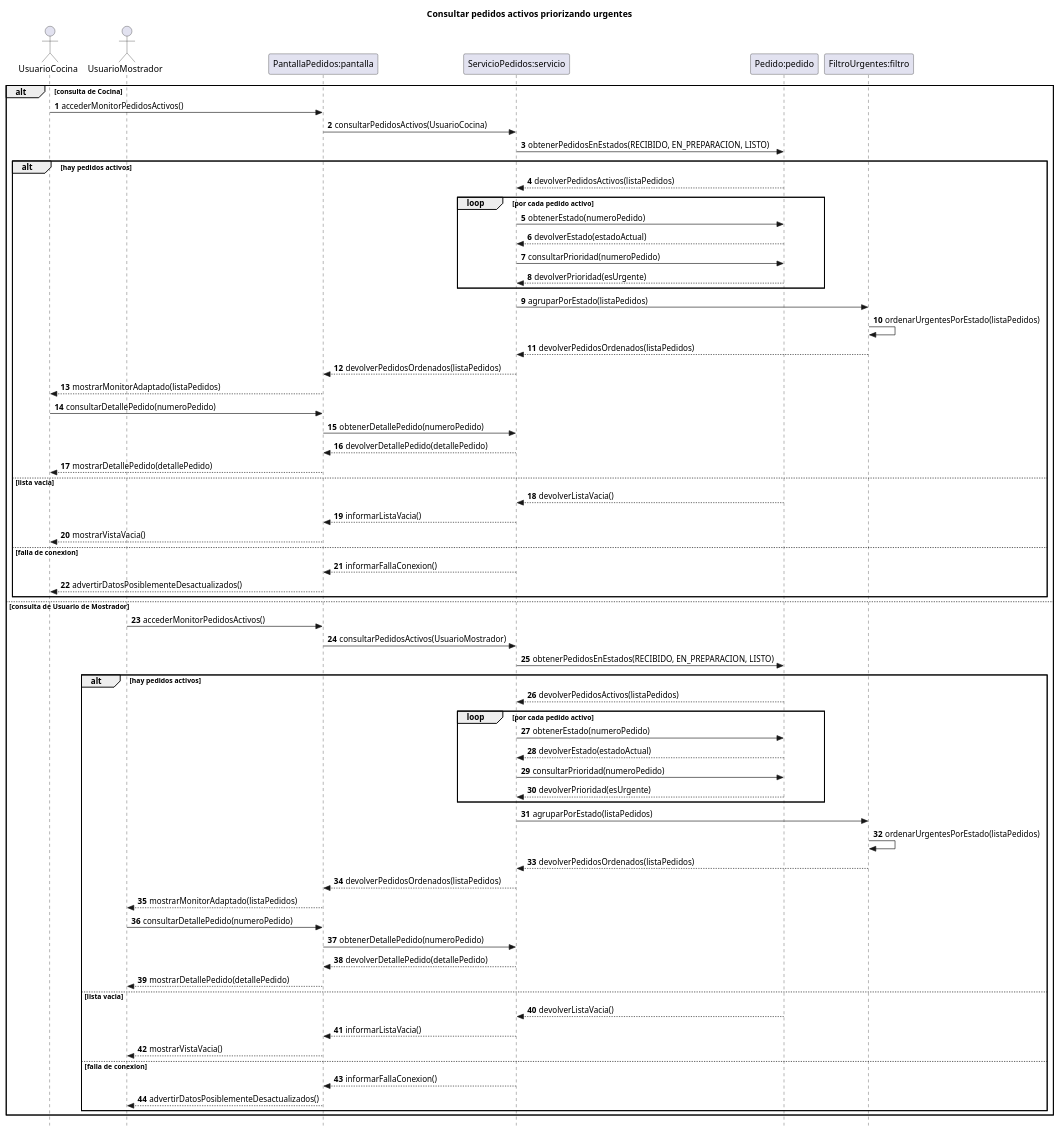
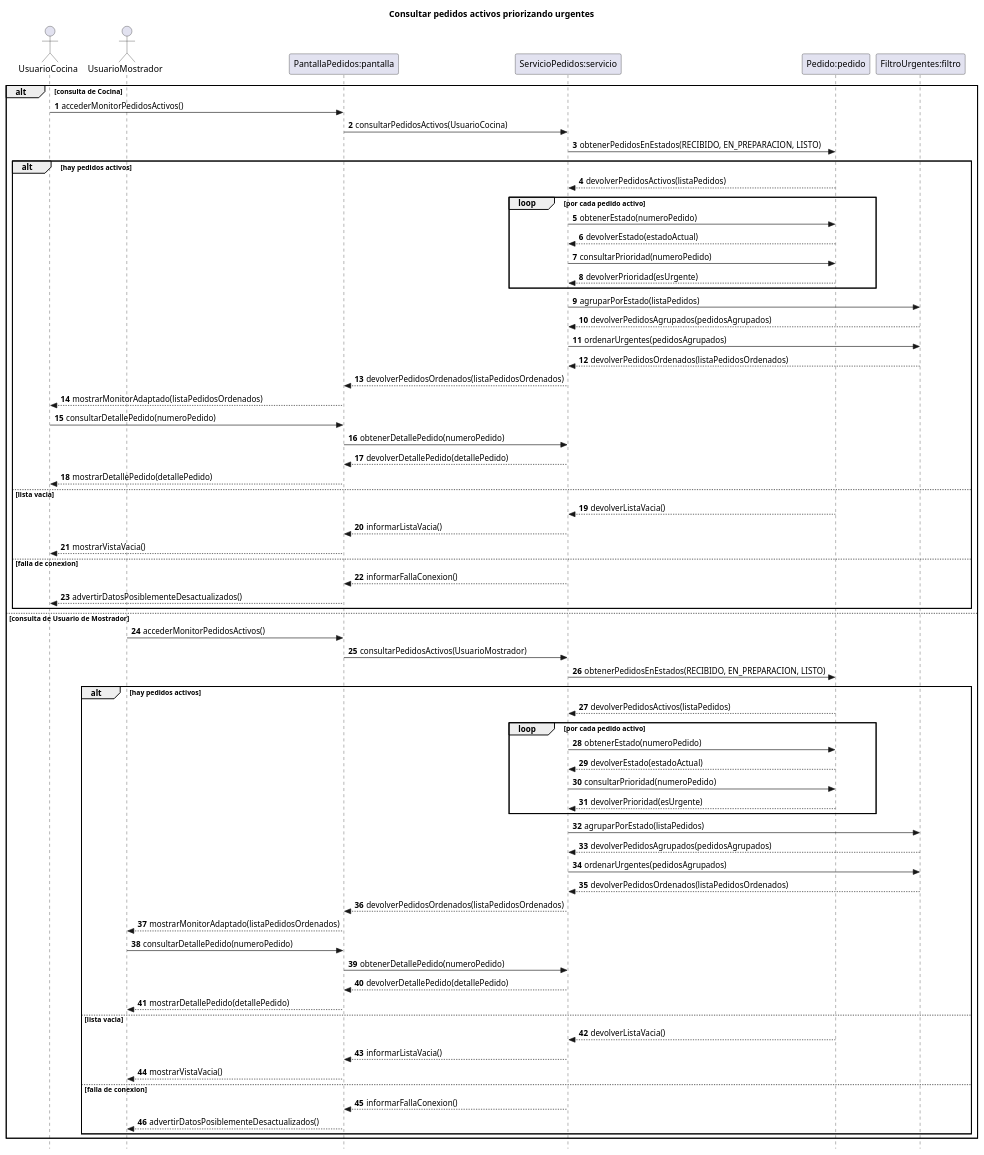
The diagram in diagramas/05-diagramas-secuencia/05-secuencia-consultar-pedidos-activos-prioridad-urgentes-05.puml (eloeyhe/SistemaPedidos), drawn with PlantUML before and after one commit. The commit also changed 6 other files, not shown here.

```diff
--- a/diagramas/05-diagramas-secuencia/05-secuencia-consultar-pedidos-activos-prioridad-urgentes-05.puml
+++ b/diagramas/05-diagramas-secuencia/05-secuencia-consultar-pedidos-activos-prioridad-urgentes-05.puml
@@ -1,73 +1,75 @@
 @startuml
 title Consultar pedidos activos priorizando urgentes
 autonumber
 skinparam style strictuml
 hide footbox
 
 actor UsuarioCocina
 actor UsuarioMostrador
 participant "PantallaPedidos:pantalla" as pantalla
 participant "ServicioPedidos:servicio" as servicio
 participant "Pedido:pedido" as pedido
 participant "FiltroUrgentes:filtro" as filtro
 
 alt consulta de Cocina
     UsuarioCocina -> pantalla : accederMonitorPedidosActivos()
     pantalla -> servicio : consultarPedidosActivos(UsuarioCocina)
     servicio -> pedido : obtenerPedidosEnEstados(RECIBIDO, EN_PREPARACION, LISTO)
     alt hay pedidos activos
         pedido --> servicio : devolverPedidosActivos(listaPedidos)
         loop por cada pedido activo
             servicio -> pedido : obtenerEstado(numeroPedido)
             pedido --> servicio : devolverEstado(estadoActual)
             servicio -> pedido : consultarPrioridad(numeroPedido)
             pedido --> servicio : devolverPrioridad(esUrgente)
         end
         servicio -> filtro : agruparPorEstado(listaPedidos)
-        filtro -> filtro : ordenarUrgentesPorEstado(listaPedidos)
-        filtro --> servicio : devolverPedidosOrdenados(listaPedidos)
-        servicio --> pantalla : devolverPedidosOrdenados(listaPedidos)
-        pantalla --> UsuarioCocina : mostrarMonitorAdaptado(listaPedidos)
+        filtro --> servicio : devolverPedidosAgrupados(pedidosAgrupados)
+        servicio -> filtro : ordenarUrgentes(pedidosAgrupados)
+        filtro --> servicio : devolverPedidosOrdenados(listaPedidosOrdenados)
+        servicio --> pantalla : devolverPedidosOrdenados(listaPedidosOrdenados)
+        pantalla --> UsuarioCocina : mostrarMonitorAdaptado(listaPedidosOrdenados)
         UsuarioCocina -> pantalla : consultarDetallePedido(numeroPedido)
         pantalla -> servicio : obtenerDetallePedido(numeroPedido)
         servicio --> pantalla : devolverDetallePedido(detallePedido)
         pantalla --> UsuarioCocina : mostrarDetallePedido(detallePedido)
     else lista vacia
         pedido --> servicio : devolverListaVacia()
         servicio --> pantalla : informarListaVacia()
         pantalla --> UsuarioCocina : mostrarVistaVacia()
     else falla de conexion
         servicio --> pantalla : informarFallaConexion()
         pantalla --> UsuarioCocina : advertirDatosPosiblementeDesactualizados()
     end
 else consulta de Usuario de Mostrador
     UsuarioMostrador -> pantalla : accederMonitorPedidosActivos()
     pantalla -> servicio : consultarPedidosActivos(UsuarioMostrador)
     servicio -> pedido : obtenerPedidosEnEstados(RECIBIDO, EN_PREPARACION, LISTO)
     alt hay pedidos activos
         pedido --> servicio : devolverPedidosActivos(listaPedidos)
         loop por cada pedido activo
             servicio -> pedido : obtenerEstado(numeroPedido)
             pedido --> servicio : devolverEstado(estadoActual)
             servicio -> pedido : consultarPrioridad(numeroPedido)
             pedido --> servicio : devolverPrioridad(esUrgente)
         end
         servicio -> filtro : agruparPorEstado(listaPedidos)
-        filtro -> filtro : ordenarUrgentesPorEstado(listaPedidos)
-        filtro --> servicio : devolverPedidosOrdenados(listaPedidos)
-        servicio --> pantalla : devolverPedidosOrdenados(listaPedidos)
-        pantalla --> UsuarioMostrador : mostrarMonitorAdaptado(listaPedidos)
+        filtro --> servicio : devolverPedidosAgrupados(pedidosAgrupados)
+        servicio -> filtro : ordenarUrgentes(pedidosAgrupados)
+        filtro --> servicio : devolverPedidosOrdenados(listaPedidosOrdenados)
+        servicio --> pantalla : devolverPedidosOrdenados(listaPedidosOrdenados)
+        pantalla --> UsuarioMostrador : mostrarMonitorAdaptado(listaPedidosOrdenados)
         UsuarioMostrador -> pantalla : consultarDetallePedido(numeroPedido)
         pantalla -> servicio : obtenerDetallePedido(numeroPedido)
         servicio --> pantalla : devolverDetallePedido(detallePedido)
         pantalla --> UsuarioMostrador : mostrarDetallePedido(detallePedido)
     else lista vacia
         pedido --> servicio : devolverListaVacia()
         servicio --> pantalla : informarListaVacia()
         pantalla --> UsuarioMostrador : mostrarVistaVacia()
     else falla de conexion
         servicio --> pantalla : informarFallaConexion()
         pantalla --> UsuarioMostrador : advertirDatosPosiblementeDesactualizados()
     end
 end
 @enduml
```
